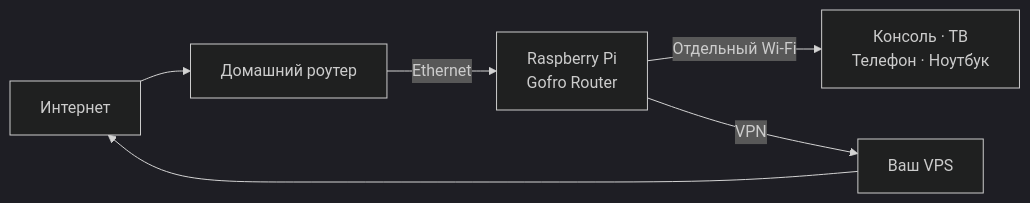
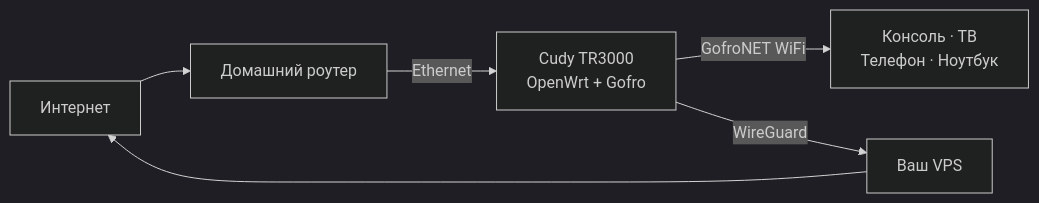
One commit to gofronet/gofro-router changed the diagram in README.md. Above: the diagram before and after it, drawn with Mermaid (dark theme). The commit also changed other lines of this file and 113 other files, not shown here.

First line of the commit message:
Release Gofro Router v0.4.0 for OpenWrt (#8)

````diff
--- a/README.md
+++ b/README.md
@@ -69,8 +53,8 @@
 ```mermaid
 flowchart LR
     INTERNET[Интернет] --> HOME[Домашний роутер]
-    HOME -->|Ethernet| PI[Raspberry Pi<br>Gofro Router]
-    PI -->|Отдельный Wi-Fi| DEVICES[Консоль · ТВ<br>Телефон · Ноутбук]
-    PI -->|VPN| VPS[Ваш VPS]
+    HOME -->|Ethernet| GOFRO[Cudy TR3000<br>OpenWrt + Gofro]
+    GOFRO -->|GofroNET WiFi| DEVICES[Консоль · ТВ<br>Телефон · Ноутбук]
+    GOFRO -->|WireGuard| VPS[Ваш VPS]
     VPS --> INTERNET
 ```
````
